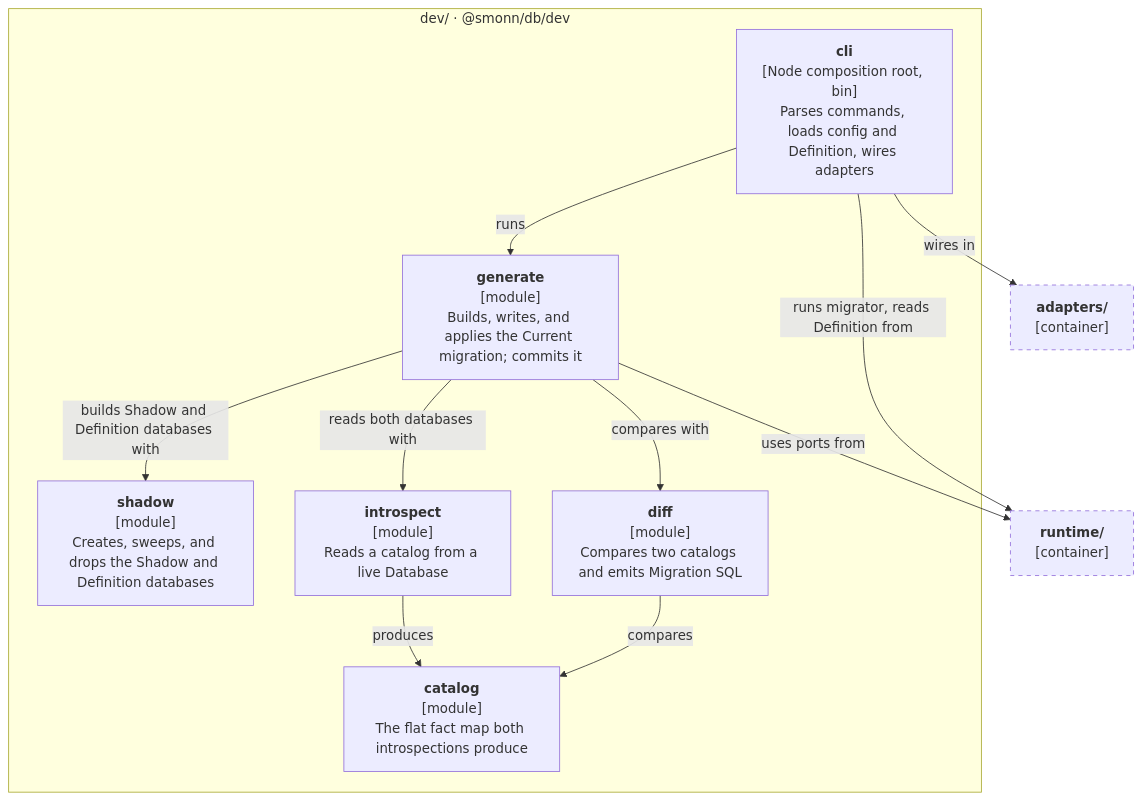
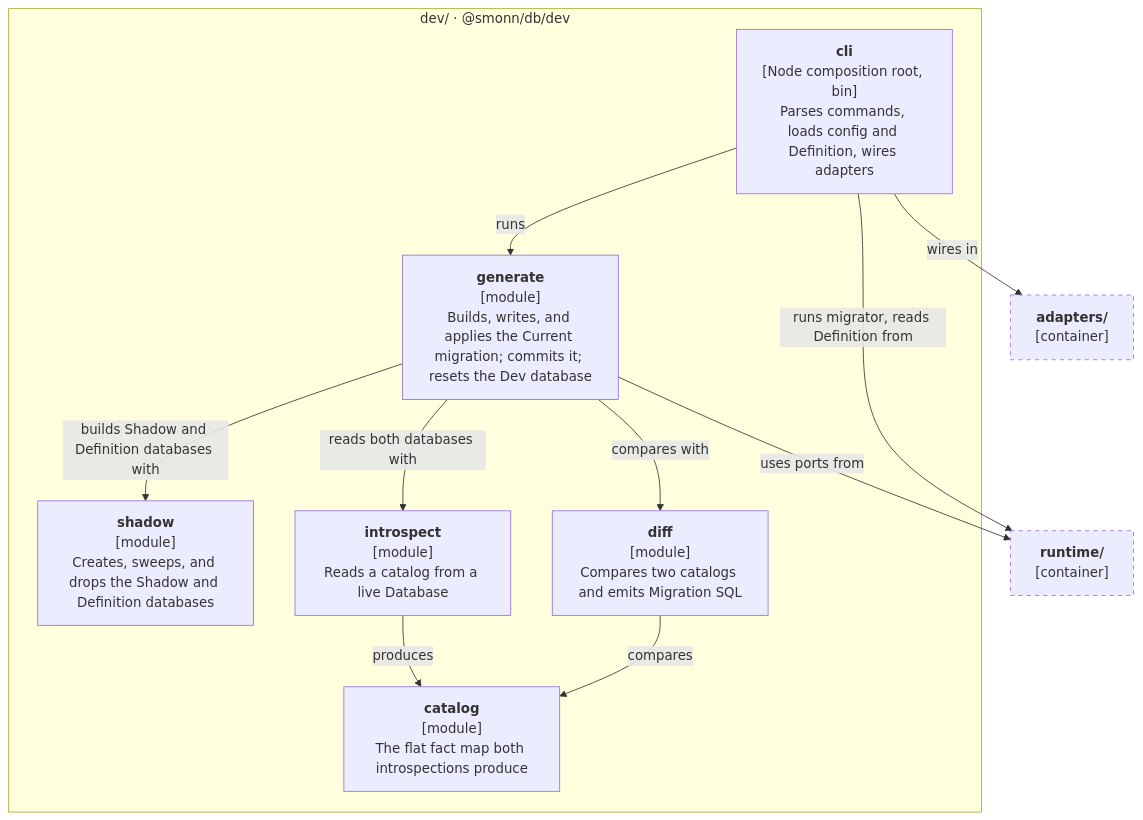
The fourth of 8 diagrams in docs/architecture.md (smonn/db), drawn with Mermaid before and after one commit. The commit also changed other lines of this file, not shown here.

Commit message:
docs(architecture): cite ADR-0016 guards in the generate, migrate, and reset flows

````diff
--- a/docs/architecture.md
+++ b/docs/architecture.md
@@ -86,27 +86,27 @@
 ```mermaid
 flowchart TB
   subgraph dev["dev/ · @smonn/db/dev"]
     cli["<b>cli</b><br/>[Node composition root, bin]<br/>Parses commands, loads config and Definition, wires adapters"]
-    generate["<b>generate</b><br/>[module]<br/>Builds, writes, and applies the Current migration; commits it"]
+    generate["<b>generate</b><br/>[module]<br/>Builds, writes, and applies the Current migration; commits it; resets the Dev database"]
     shadow["<b>shadow</b><br/>[module]<br/>Creates, sweeps, and drops the Shadow and Definition databases"]
     introspect["<b>introspect</b><br/>[module]<br/>Reads a catalog from a live Database"]
     diff["<b>diff</b><br/>[module]<br/>Compares two catalogs and emits Migration SQL"]
     catalog["<b>catalog</b><br/>[module]<br/>The flat fact map both introspections produce"]
   end
 
   runtime["<b>runtime/</b><br/>[container]"]
   adapters["<b>adapters/</b><br/>[container]"]
 
   cli -- "runs" --> generate
   generate -- "builds Shadow and Definition databases with" --> shadow
   generate -- "reads both databases with" --> introspect
   generate -- "compares with" --> diff
   introspect -- "produces" --> catalog
   diff -- "compares" --> catalog
   cli -- "runs migrator, reads Definition from" --> runtime
   generate -- "uses ports from" --> runtime
   cli -- "wires in" --> adapters
 
   classDef external stroke-dasharray: 5 5
   class runtime,adapters external
 ```
````
